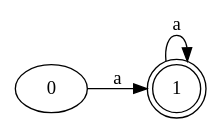
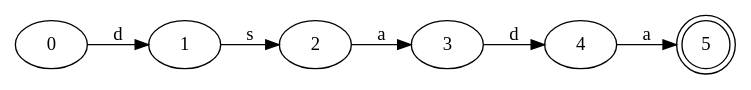
One commit to ShengRang/schepy changed the diagram in dfa.dot. Above: the diagram before and after it, drawn with Graphviz. The commit also changed 5 other files, not shown here.

```diff
--- a/dfa.dot
+++ b/dfa.dot
@@ -1,7 +1,14 @@
 digraph regex_dfa{
 rankdir=LR;
 	0 [label=0]
-	0-> 1 [label="a"]
-	 1 [label=1, shape=doublecircle]
-	1-> 1 [label="a"]
+	0-> 1 [label="d"]
+	1 [label=1]
+	1-> 2 [label="s"]
+	2 [label=2]
+	2-> 3 [label="a"]
+	3 [label=3]
+	3-> 4 [label="d"]
+	4 [label=4]
+	4-> 5 [label="a"]
+	 5 [label="5", shape=doublecircle]
 }
```
